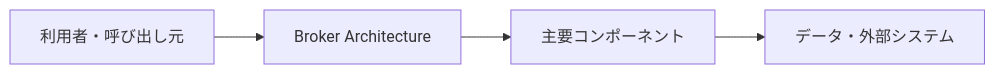
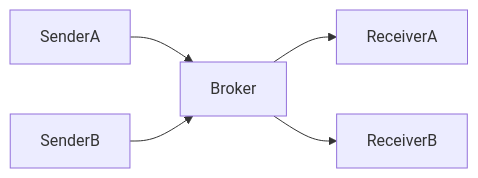
One commit to t-shirayama/architecture-notes changed the diagram in docs/分散システム系/ブローカーアーキテクチャ.md. Above: the diagram before and after it, drawn with Mermaid. The commit also changed other lines of this file and 32 other files, not shown here.

Commit message:
docs: refine remaining architecture notes

````diff
--- a/docs/分散システム系/ブローカーアーキテクチャ.md
+++ b/docs/分散システム系/ブローカーアーキテクチャ.md
@@ -24,6 +28,7 @@
 ```mermaid
 flowchart LR
-    A[利用者・呼び出し元] --> B[Broker Architecture]
-    B --> C[主要コンポーネント]
-    C --> D[データ・外部システム]
+    SenderA --> Broker[Broker]
+    SenderB --> Broker
+    Broker --> ReceiverA
+    Broker --> ReceiverB
 ```
````
